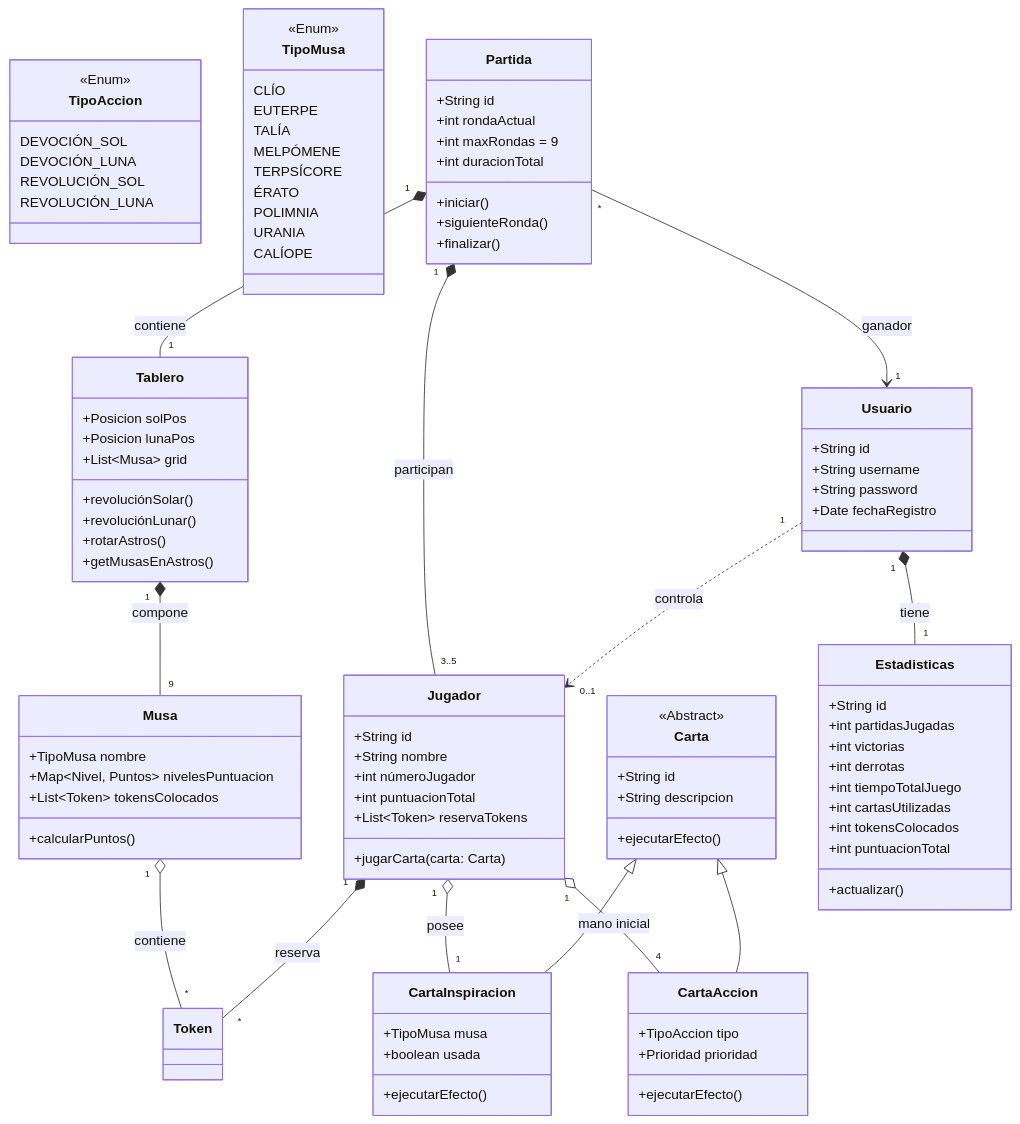
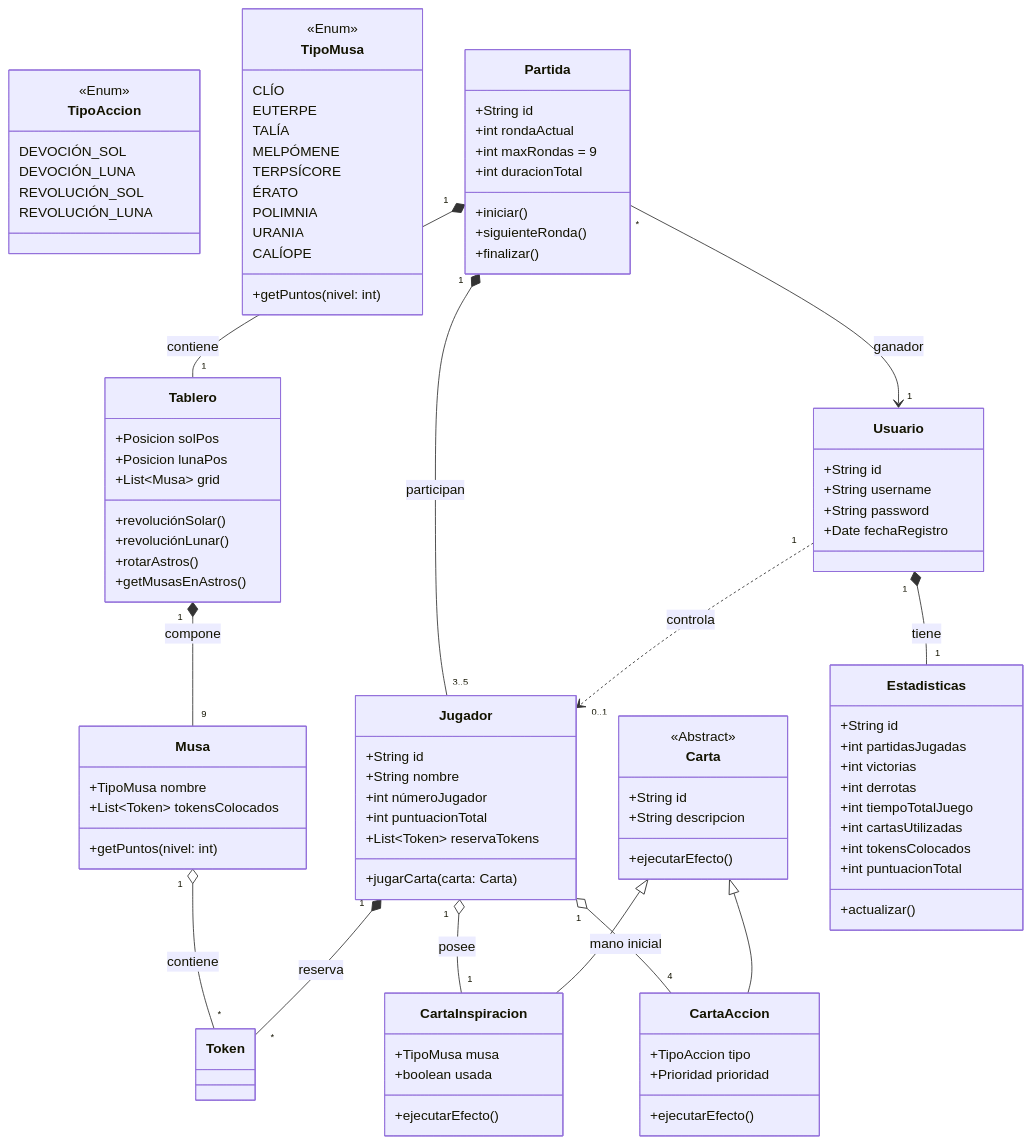
One commit to PedroJimenezGuerrero/Muses_TFG changed the diagram in docs/Análisis/Modelo de Dominio.md. Above: the diagram before and after it, drawn with Mermaid. The commit also changed 1 other file, not shown here.

Commit message:
docs: :memo: actualizar modelo de dominio

```diff
--- a/docs/Análisis/Modelo de Dominio.md
+++ b/docs/Análisis/Modelo de Dominio.md
@@ -45,6 +45,7 @@
         POLIMNIA
         URANIA
         CALÍOPE
+        +getPuntos(nivel: int)
     }
 
     %% Clases Principales
@@ -79,9 +80,8 @@
 
     class Musa:::item {
         +TipoMusa nombre
-        +Map~Nivel, Puntos~ nivelesPuntuacion
         +List~Token~ tokensColocados
-        +calcularPuntos()
+        +getPuntos(nivel: int)
     }
 
     %% Elementos de Juego
```
